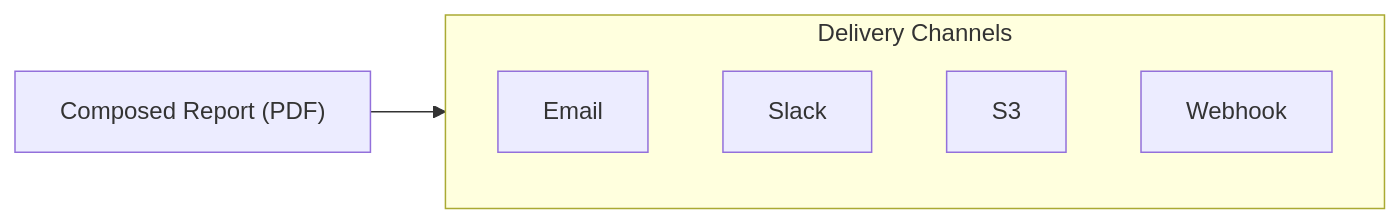
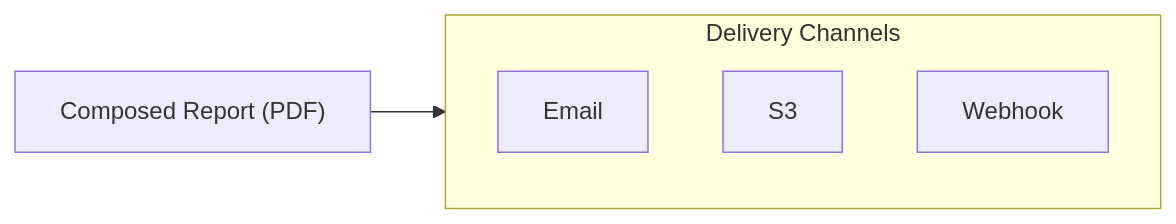
One commit to beshu-tech/anaphora-docs changed the diagram in docs/jobs/delivery.md. Above: the diagram before and after it, drawn with Mermaid. The commit also changed other lines of this file, not shown here.

````diff
--- a/docs/jobs/delivery.md
+++ b/docs/jobs/delivery.md
@@ -15,13 +16,12 @@
 ```mermaid
 flowchart LR
     report["Composed Report (PDF)"]
 
     subgraph channels["Delivery Channels"]
         email["Email"]
-        slack["Slack"]
         s3["S3"]
         webhook["Webhook"]
     end
 
     report --> channels
 ```
````
